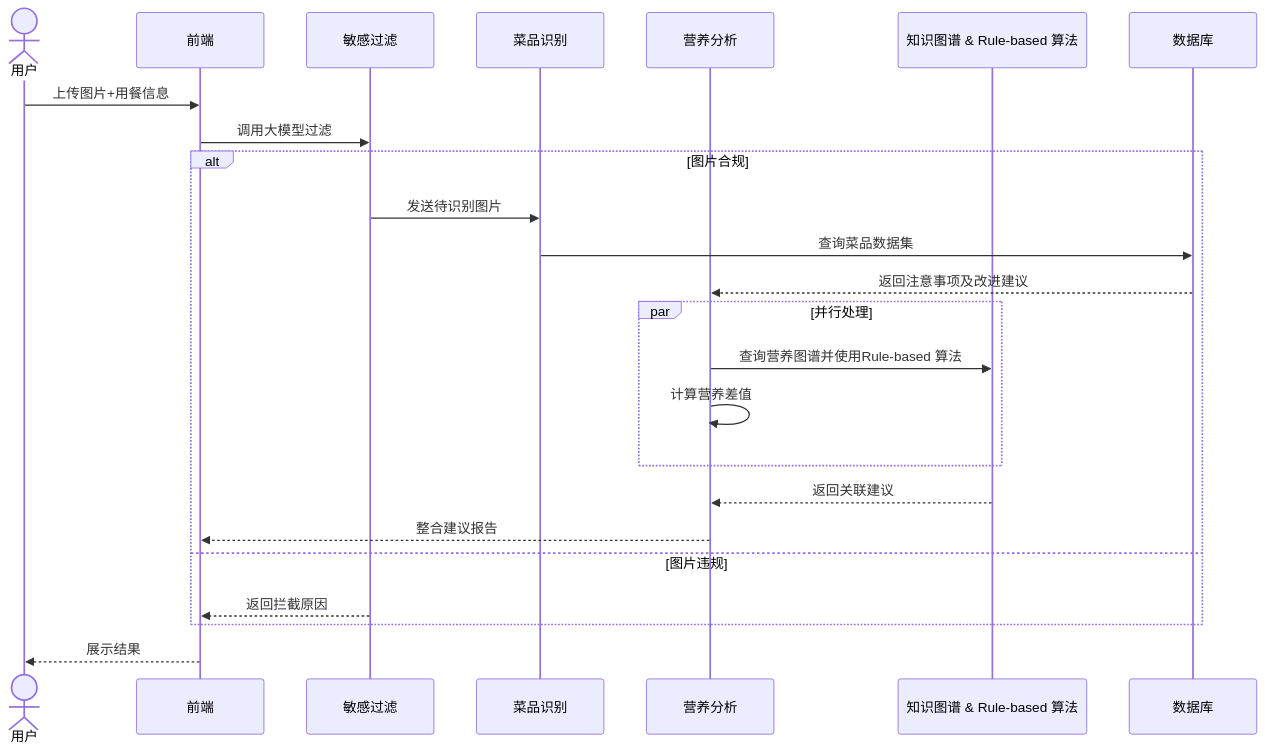
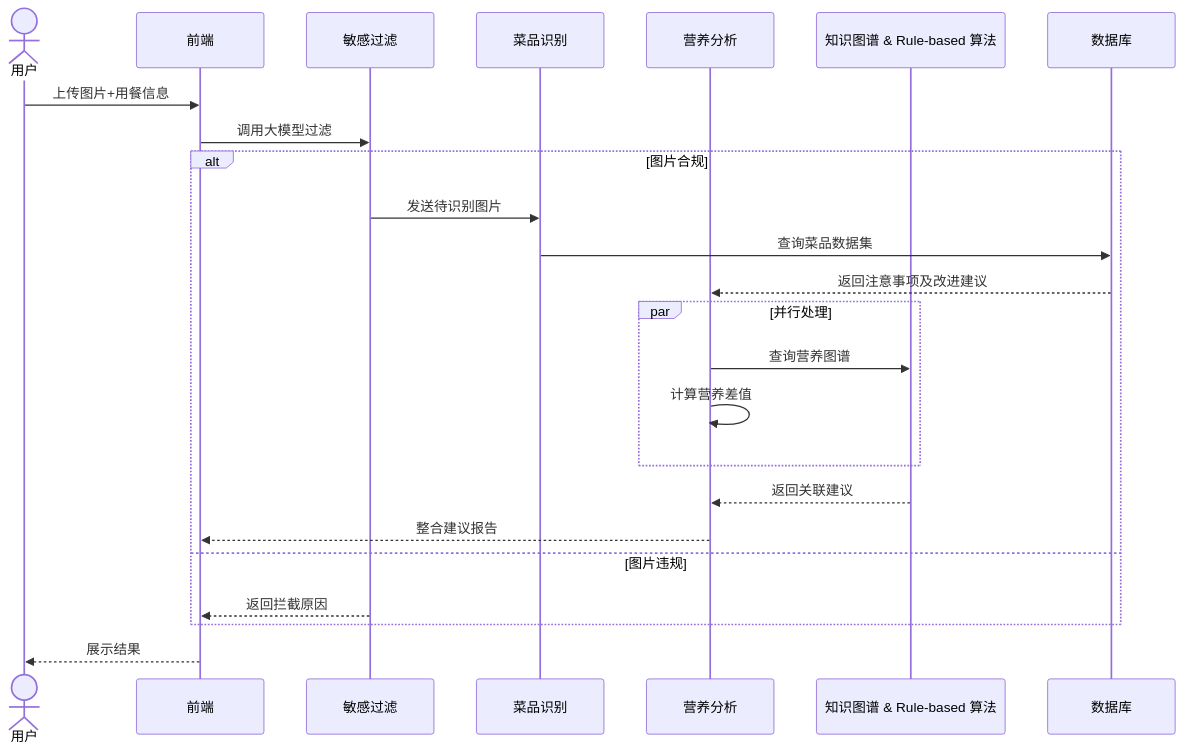
One commit to funnyData/iodraw-files changed the diagram in all/菜品-数据流图.md. Above: the diagram before and after it, drawn with Mermaid.

Commit message:
2025-03-21 14:24:39 update

````diff
--- a/all/菜品-数据流图.md
+++ b/all/菜品-数据流图.md
@@ -1,29 +1,29 @@
 ```mermaid
 %% 数据流图（违规路径线条高亮）
 sequenceDiagram
     actor User as 用户
     participant FE as 前端
     participant SF as 敏感过滤
     participant DR as 菜品识别
     participant NA as 营养分析
     participant KG as 知识图谱 & Rule-based 算法
     participant DB as 数据库
 
     User->>FE: 上传图片+用餐信息
     FE->>SF: 调用大模型过滤
     alt 图片合规
         SF->>DR: 发送待识别图片
         DR->>DB: 查询菜品数据集
         DB-->>NA: 返回注意事项及改进建议
         par 并行处理
-            NA->>KG: 查询营养图谱并使用Rule-based 算法
+            NA->>KG: 查询营养图谱
             NA->>NA: 计算营养差值
         end
         KG-->>NA: 返回关联建议
         NA-->>FE: 整合建议报告
     else 图片违规
         SF-->>FE: 返回拦截原因
         %% linkStyle 9 stroke:#ff0000,stroke-dasharray:5  %% 第9条线变红
     end
     FE-->>User: 展示结果
 ```
````
